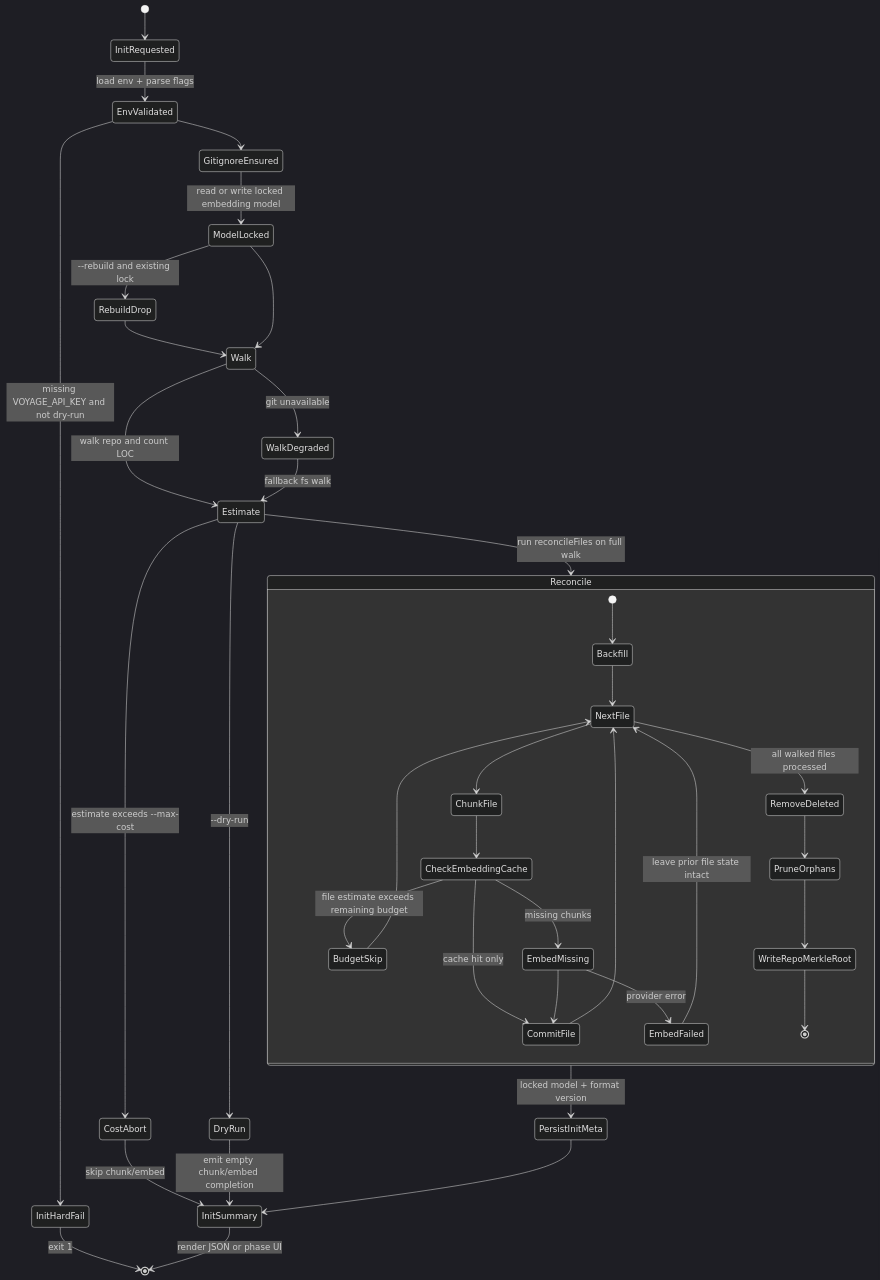
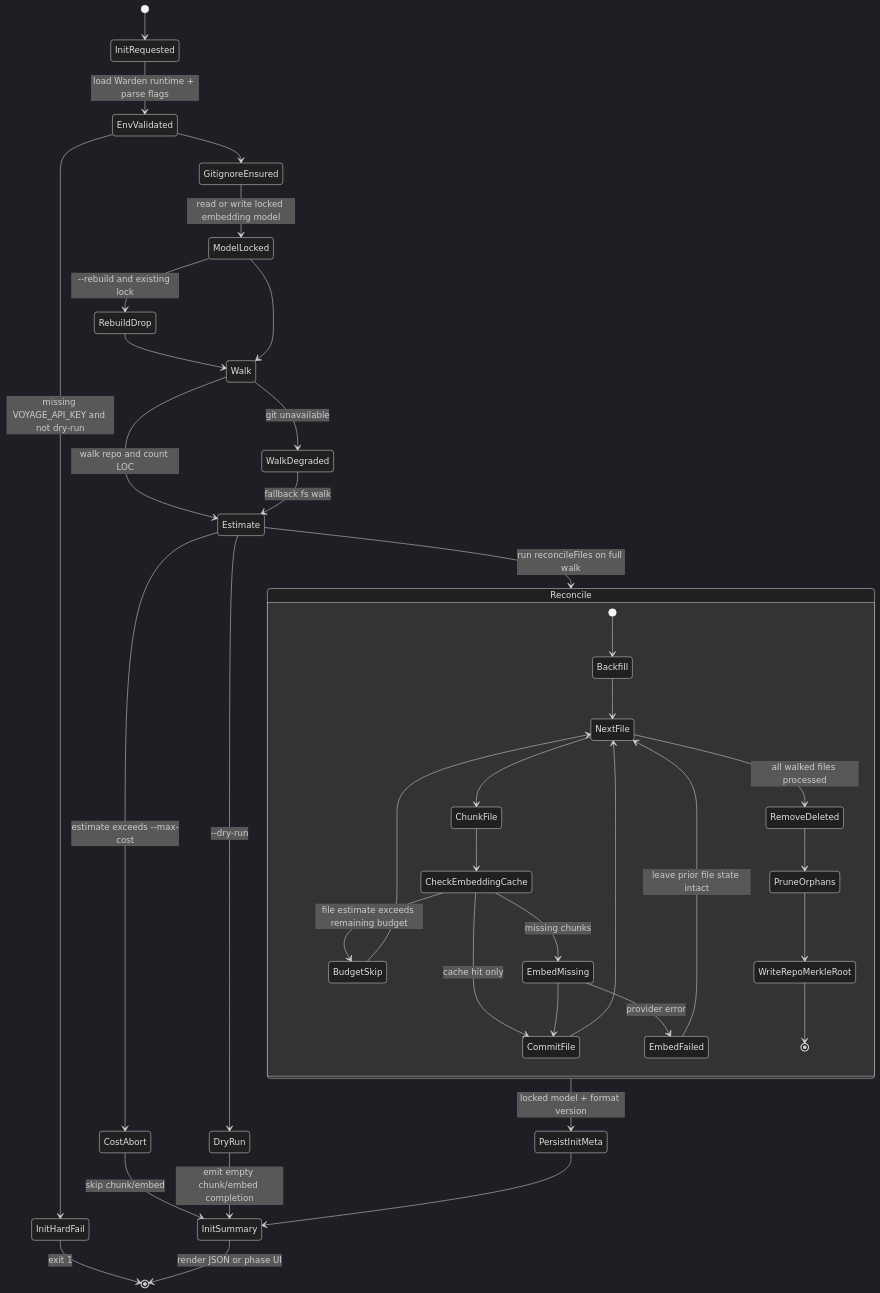
One commit to 99Yash/warden changed the first of 2 diagrams in docs/architecture.md. Above: the diagram before and after it, drawn with Mermaid (dark theme). The commit also changed other lines of this file and 32 other files, not shown here.

````diff
--- a/docs/architecture.md
+++ b/docs/architecture.md
@@ -34,44 +34,44 @@
 ```mermaid
 stateDiagram-v2
   [*] --> InitRequested
-  InitRequested --> EnvValidated: load env + parse flags
+  InitRequested --> EnvValidated: load Warden runtime + parse flags
   EnvValidated --> InitHardFail: missing VOYAGE_API_KEY and not dry-run
   InitHardFail --> [*]: exit 1
   EnvValidated --> GitignoreEnsured
   GitignoreEnsured --> ModelLocked: read or write locked embedding model
   ModelLocked --> RebuildDrop: --rebuild and existing lock
   RebuildDrop --> Walk
   ModelLocked --> Walk
 
   Walk --> Estimate: walk repo and count LOC
   Walk --> WalkDegraded: git unavailable
   WalkDegraded --> Estimate: fallback fs walk
   Estimate --> CostAbort: estimate exceeds --max-cost
   CostAbort --> InitSummary: skip chunk/embed
   Estimate --> DryRun: --dry-run
   DryRun --> InitSummary: emit empty chunk/embed completion
   Estimate --> Reconcile: run reconcileFiles on full walk
 
   state Reconcile {
     [*] --> Backfill
     Backfill --> NextFile
     NextFile --> ChunkFile
     ChunkFile --> CheckEmbeddingCache
     CheckEmbeddingCache --> BudgetSkip: file estimate exceeds remaining budget
     BudgetSkip --> NextFile
     CheckEmbeddingCache --> EmbedMissing: missing chunks
     CheckEmbeddingCache --> CommitFile: cache hit only
     EmbedMissing --> EmbedFailed: provider error
     EmbedFailed --> NextFile: leave prior file state intact
     EmbedMissing --> CommitFile
     CommitFile --> NextFile
     NextFile --> RemoveDeleted: all walked files processed
     RemoveDeleted --> PruneOrphans
     PruneOrphans --> WriteRepoMerkleRoot
     WriteRepoMerkleRoot --> [*]
   }
 
   Reconcile --> PersistInitMeta: locked model + format version
   PersistInitMeta --> InitSummary
   InitSummary --> [*]: render JSON or phase UI
 ```
````
